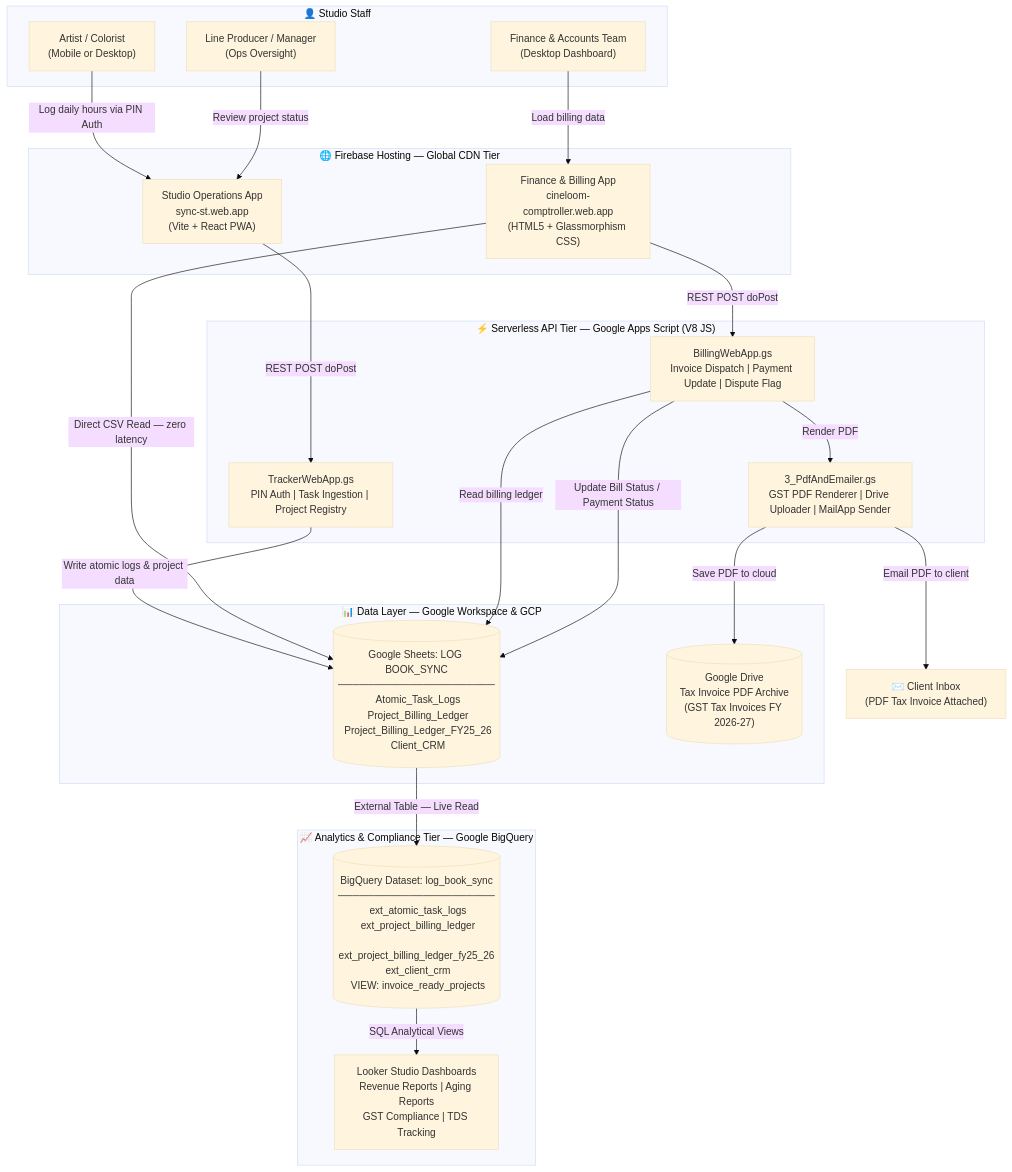
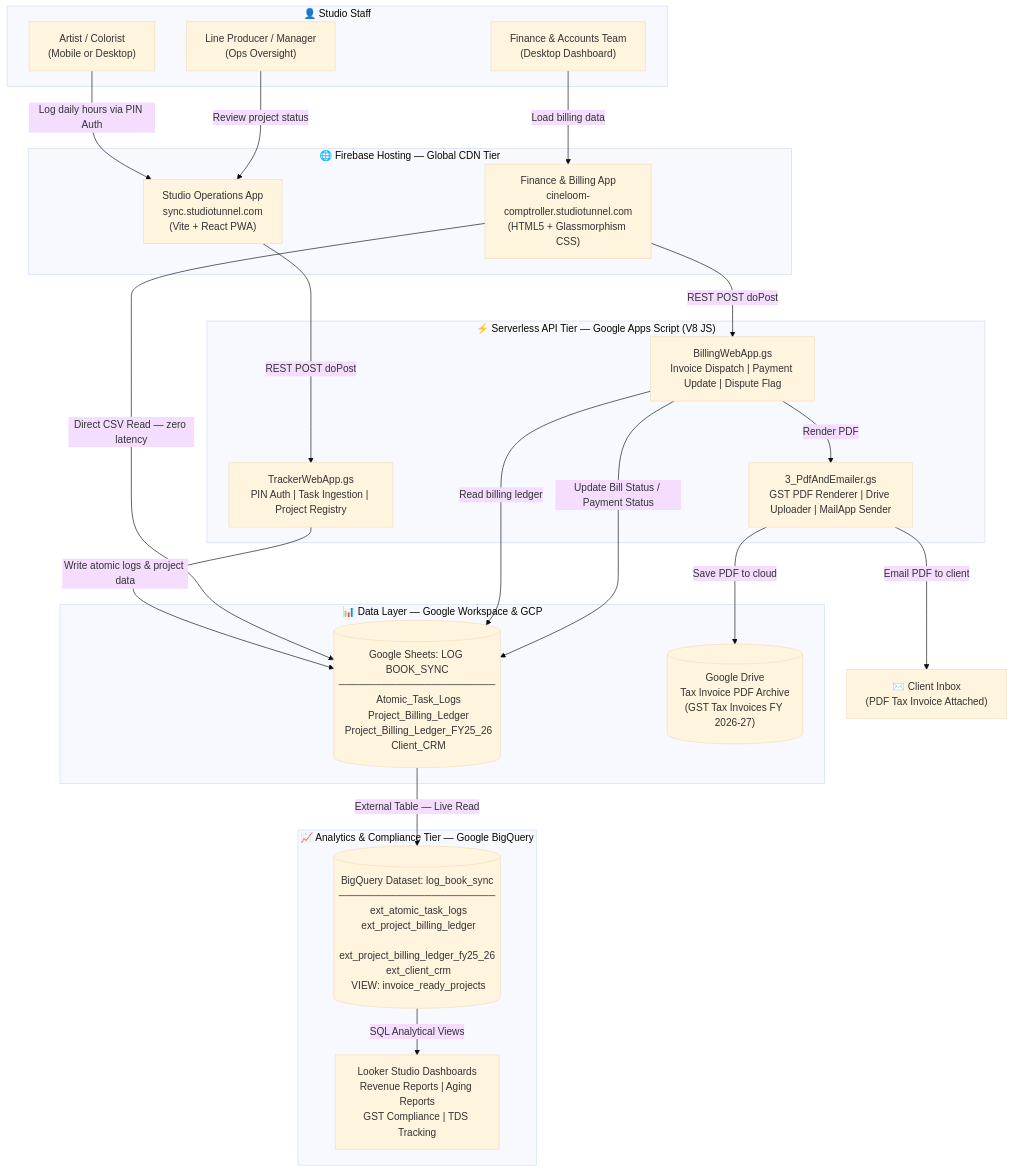
One commit to samiransonowal/sync-st changed the first of 5 diagrams in documentation/SYSTEM_ARCHITECTURE_AND_OPERATIONS_MANUAL.md. Above: the diagram before and after it, drawn with Mermaid (base theme). The commit also changed other lines of this file and 100 other files, not shown here.

Commit message:
feat: sync workspace updates, ops-app React frontend source, and cloud configs

````diff
--- a/documentation/SYSTEM_ARCHITECTURE_AND_OPERATIONS_MANUAL.md
+++ b/documentation/SYSTEM_ARCHITECTURE_AND_OPERATIONS_MANUAL.md
@@ -30,46 +30,46 @@
 ```mermaid
 flowchart TD
     subgraph Staff ["👤 Studio Staff"]
         Artist["Artist / Colorist\n(Mobile or Desktop)"]
         FinanceUser["Finance & Accounts Team\n(Desktop Dashboard)"]
         Manager["Line Producer / Manager\n(Ops Oversight)"]
     end
 
     subgraph Apps ["🌐 Firebase Hosting — Global CDN Tier"]
-        OpsApp["Studio Operations App\nsync-st.web.app\n(Vite + React PWA)"]
-        FinApp["Finance & Billing App\ncineloom-comptroller.web.app\n(HTML5 + Glassmorphism CSS)"]
+        OpsApp["Studio Operations App\nsync.studiotunnel.com\n(Vite + React PWA)"]
+        FinApp["Finance & Billing App\ncineloom-comptroller.studiotunnel.com\n(HTML5 + Glassmorphism CSS)"]
     end
 
     subgraph GAS ["⚡ Serverless API Tier — Google Apps Script (V8 JS)"]
         TrackerGAS["TrackerWebApp.gs\nPIN Auth | Task Ingestion | Project Registry"]
         BillingGAS["BillingWebApp.gs\nInvoice Dispatch | Payment Update | Dispute Flag"]
         PdfGAS["3_PdfAndEmailer.gs\nGST PDF Renderer | Drive Uploader | MailApp Sender"]
     end
 
     subgraph DataTier ["📊 Data Layer — Google Workspace & GCP"]
         MasterSheet[("Google Sheets: LOG BOOK_SYNC\n──────────────────────\n Atomic_Task_Logs\n Project_Billing_Ledger\n Project_Billing_Ledger_FY25_26\n Client_CRM")]
         DriveStorage[("Google Drive\nTax Invoice PDF Archive\n(GST Tax Invoices FY 2026-27)")]
     end
 
     subgraph Analytics ["📈 Analytics & Compliance Tier — Google BigQuery"]
         BQDataset[("BigQuery Dataset: log_book_sync\n──────────────────────\n ext_atomic_task_logs\n ext_project_billing_ledger\n ext_project_billing_ledger_fy25_26\n ext_client_crm\n VIEW: invoice_ready_projects")]
         LookerStudio["Looker Studio Dashboards\nRevenue Reports | Aging Reports\nGST Compliance | TDS Tracking"]
     end
 
     Artist -->|Log daily hours via PIN Auth| OpsApp
     Manager -->|Review project status| OpsApp
     OpsApp -->|REST POST doPost| TrackerGAS
     TrackerGAS -->|Write atomic logs & project data| MasterSheet
 
     FinanceUser -->|Load billing data| FinApp
     FinApp -->|Direct CSV Read — zero latency| MasterSheet
     FinApp -->|REST POST doPost| BillingGAS
     BillingGAS -->|Read billing ledger| MasterSheet
     BillingGAS -->|Render PDF| PdfGAS
     PdfGAS -->|Save PDF to cloud| DriveStorage
     PdfGAS -->|Email PDF to client| ClientInbox["✉️ Client Inbox\n(PDF Tax Invoice Attached)"]
     BillingGAS -->|Update Bill Status / Payment Status| MasterSheet
 
     MasterSheet -->|External Table — Live Read| BQDataset
     BQDataset -->|SQL Analytical Views| LookerStudio
 ```
````
